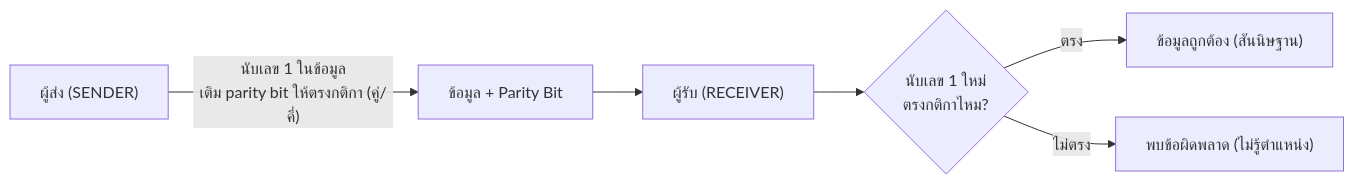
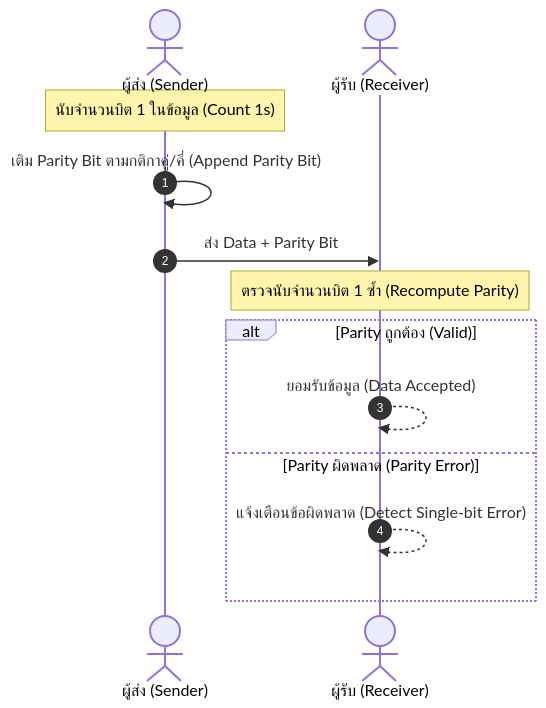
One commit to PhuriphatTyPeZ3r0/Course-1322201-Digital-Logic-Design-2026 changed the first of 2 diagrams in 01_Lectures/Week1/Error-Detect-Correct.md. Above: the diagram before and after it, drawn with Mermaid. The commit also changed other lines of this file and 18 other files, not shown here.

Commit message:
refactor: standardize diagrams to UML specifications across notes and templates

````diff
--- a/01_Lectures/Week1/Error-Detect-Correct.md
+++ b/01_Lectures/Week1/Error-Detect-Correct.md
@@ -47,8 +47,15 @@
 ```mermaid
-flowchart LR
-    Sender["ผู้ส่ง (SENDER)"] -->|"นับเลข 1 ในข้อมูล<br/>เติม parity bit ให้ตรงกติกา (คู่/คี่)"| Msg["ข้อมูล + Parity Bit"]
-    Msg --> Receiver["ผู้รับ (RECEIVER)"]
-    Receiver --> Recheck{"นับเลข 1 ใหม่<br/>ตรงกติกาไหม?"}
-    Recheck -->|ตรง| OK["ข้อมูลถูกต้อง (สันนิษฐาน)"]
-    Recheck -->|ไม่ตรง| Err["พบข้อผิดพลาด (ไม่รู้ตำแหน่ง)"]
+sequenceDiagram
+    autonumber
+    actor S as ผู้ส่ง (Sender)
+    actor R as ผู้รับ (Receiver)
+    Note over S: นับจำนวนบิต 1 ในข้อมูล (Count 1s)
+    S->>S: เติม Parity Bit ตามกติกาคู่/คี่ (Append Parity Bit)
+    S->>R: ส่ง Data + Parity Bit
+    Note over R: ตรวจนับจำนวนบิต 1 ซ้ำ (Recompute Parity)
+    alt Parity ถูกต้อง (Valid)
+        R-->>R: ยอมรับข้อมูล (Data Accepted)
+    else Parity ผิดพลาด (Parity Error)
+        R-->>R: แจ้งเตือนข้อผิดพลาด (Detect Single-bit Error)
+    end
 ```
````
